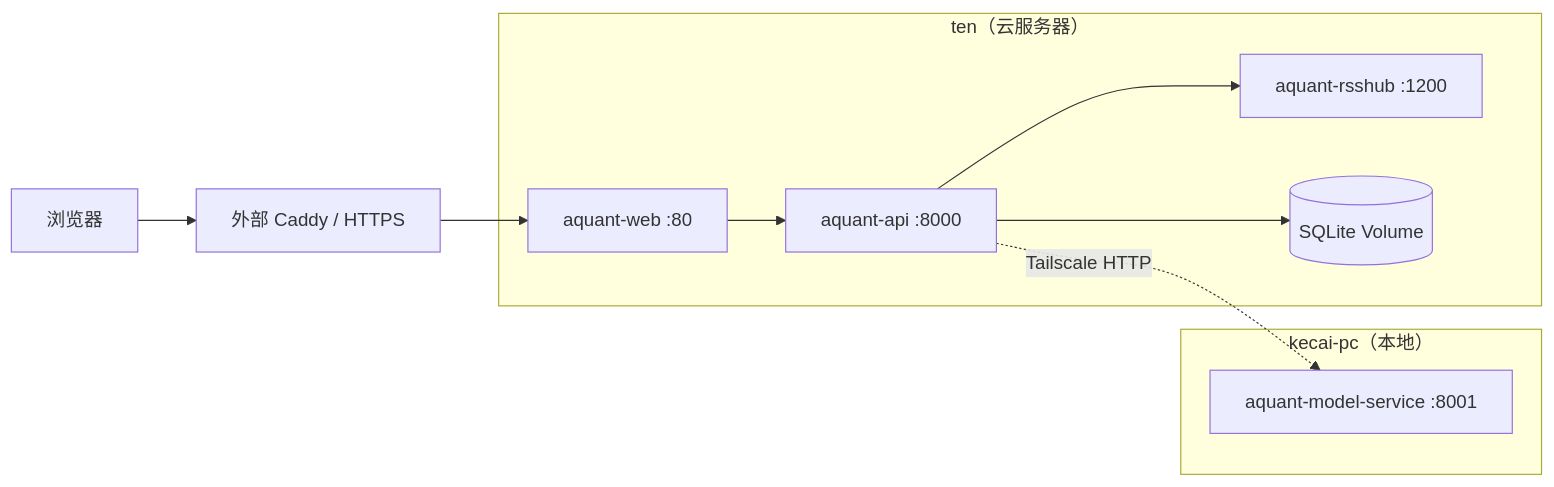
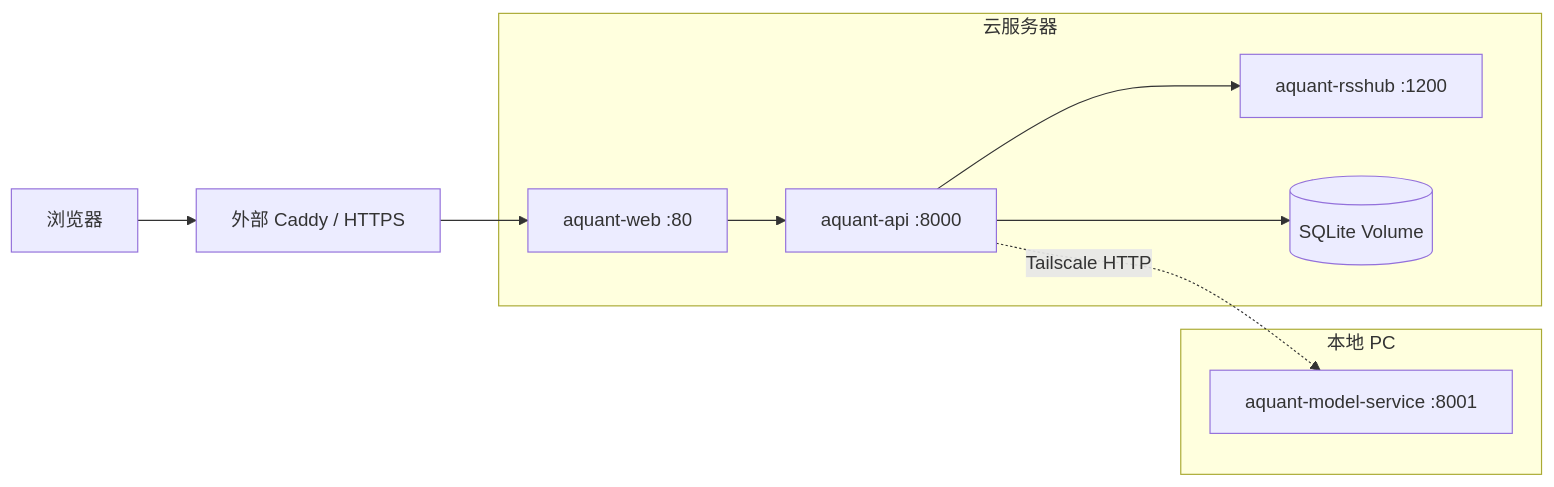
One commit to liukecai/AStock changed the second of 3 diagrams in docs/SYSTEM_ARCHITECTURE.md. Above: the diagram before and after it, drawn with Mermaid. The commit also changed other lines of this file, not shown here.

First line of the commit message:
docs: remove sensitive hostnames and hardware info from SYSTEM_ARCHITECTURE

````diff
--- a/docs/SYSTEM_ARCHITECTURE.md
+++ b/docs/SYSTEM_ARCHITECTURE.md
@@ -132,21 +132,21 @@
 ```mermaid
 flowchart LR
     User["浏览器"] --> Proxy["外部 Caddy / HTTPS"]
     Proxy --> Web["aquant-web :80"]
     Web --> API["aquant-api :8000"]
     API --> RSSHub["aquant-rsshub :1200"]
     API --> DB[("SQLite Volume")]
 
-    subgraph ten["ten（云服务器）"]
+    subgraph cloud["云服务器"]
         Web
         API
         RSSHub
         DB
     end
 
-    subgraph kecai_pc["kecai-pc（本地）"]
+    subgraph localpc["本地 PC"]
         MS["aquant-model-service :8001"]
     end
 
     API -. Tailscale HTTP .-> MS
 ```
````
